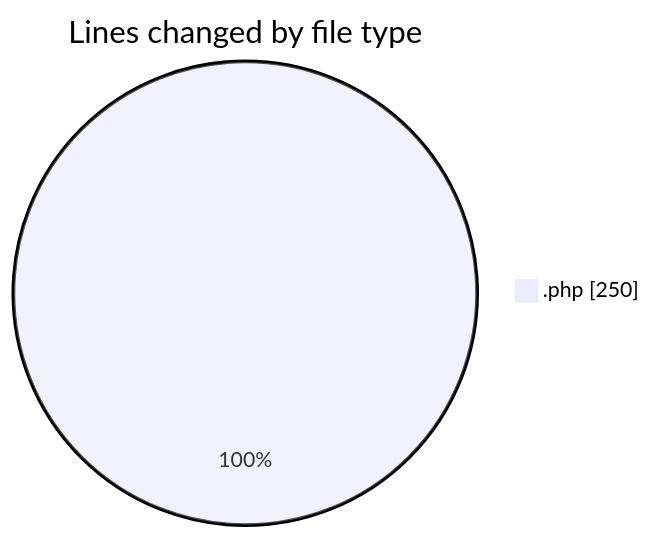
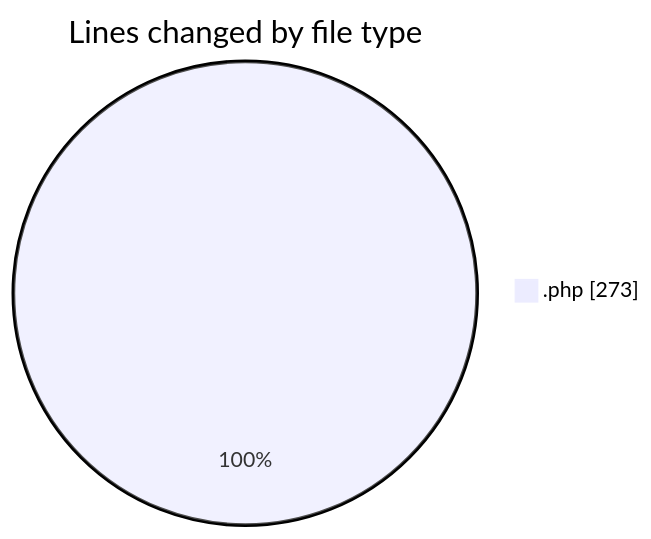
One commit to idhammustaqopulfikri/code-tracking changed the first of 2 diagrams in 2025-06-20/studio-backend/README.md. Above: the diagram before and after it, drawn with Mermaid. The commit also changed other lines of this file and 1 other file, not shown here.

````diff
--- a/2025-06-20/studio-backend/README.md
+++ b/2025-06-20/studio-backend/README.md
@@ -20,5 +20,5 @@
 ```mermaid
 pie showData
 title Lines changed by file type
-".php" : 250
+".php" : 273
 ```
````
